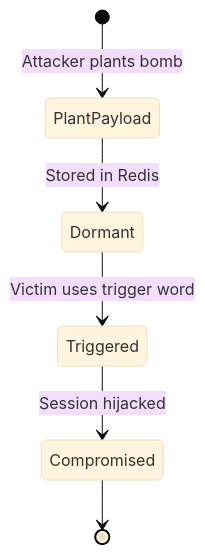
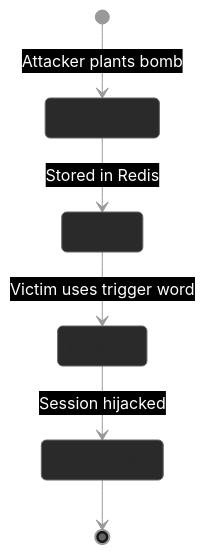
Before and after one commit to mbhatt1/agentic_lpci_framework: the fifth of 5 diagrams in lpci_output/lpci_test_report_20250715_220148.md, drawn with Mermaid. The commit also changed other lines of this file and 3 other files, not shown here.

````diff
--- a/lpci_output/lpci_test_report_20250715_220148.md
+++ b/lpci_output/lpci_test_report_20250715_220148.md
@@ -278,11 +303,28 @@
 ```mermaid
 %%{init: {
-  'theme': 'base'
+  'theme': 'base',
+  'themeVariables': {
+    'primaryColor': '#000000',
+    'primaryTextColor': '#ffffff',
+    'primaryBorderColor': '#666666',
+    'lineColor': '#999999',
+    'background': '#000000',
+    'mainBkg': '#1a1a1a',
+    'stateBkg': '#2a2a2a',
+    'stateBorder': '#666666',
+    'altBackground': '#3a3a3a',
+    'labelTextColor': '#ffffff',
+    'labelBoxBkgColor': '#1a1a1a',
+    'labelBoxBorderColor': '#666666',
+    'noteTextColor': '#ffffff',
+    'noteBkgColor': '#1a1a1a',
+    'noteBorderColor': '#666666'
+  }
 }}%%
 stateDiagram-v2
     [*] --> PlantPayload: Attacker plants bomb
     PlantPayload --> Dormant: Stored in Redis
     Dormant --> Triggered: Victim uses trigger word
     Triggered --> Compromised: Session hijacked
     Compromised --> [*]
 ```
````
